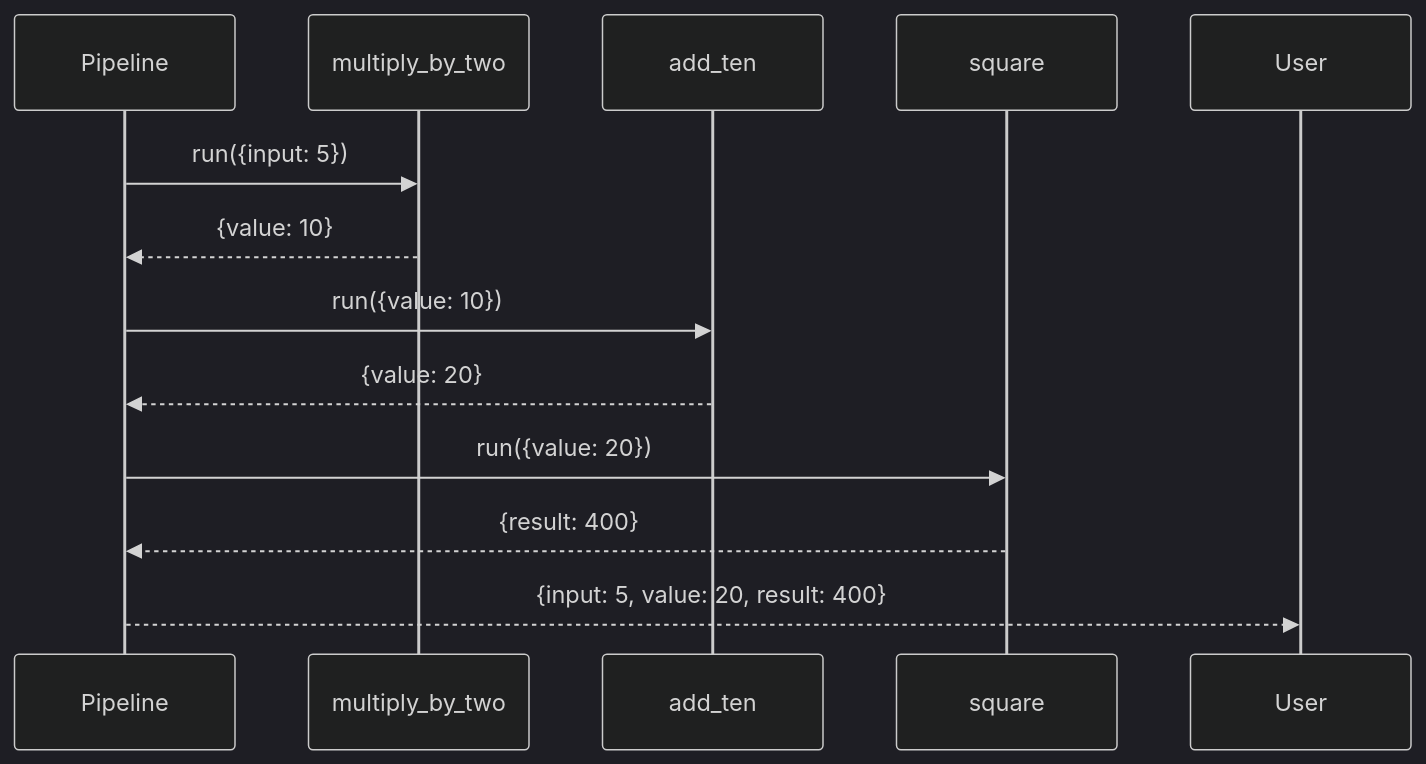
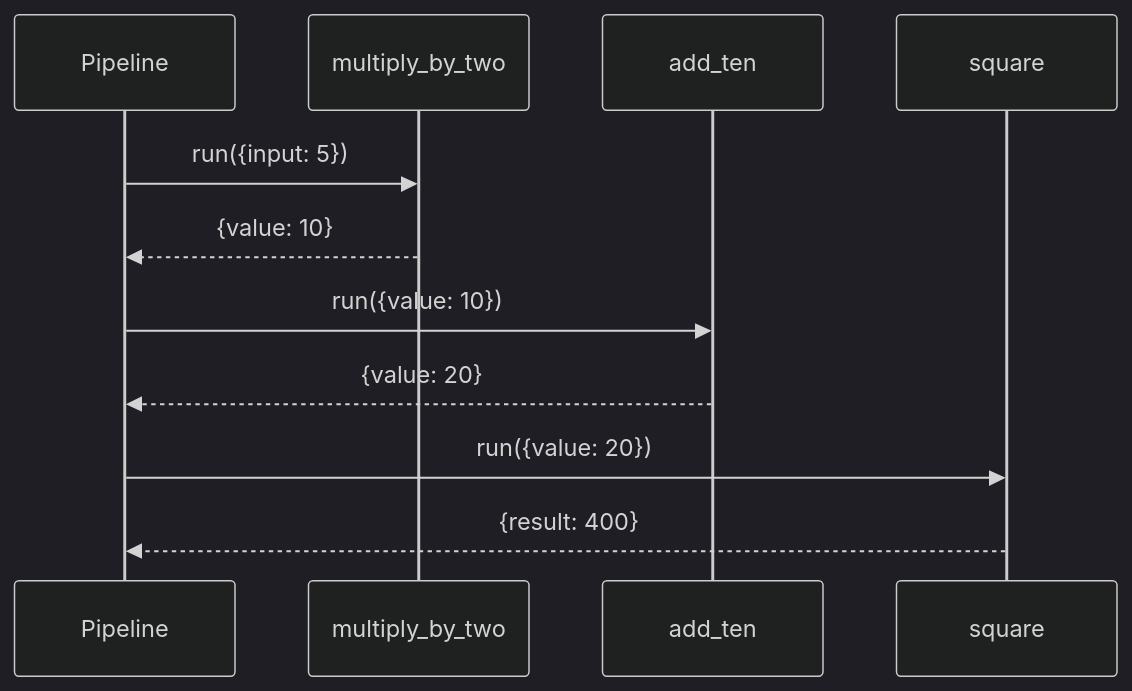
Before and after one commit to wisrovi/wpipe: the second of 5 diagrams in examples/01_basic_pipeline/01_simple_function/README.md, drawn with Mermaid (dark theme). The commit also changed other lines of this file and 182 other files, not shown here.

First line of the commit message:
Add type hints, docstrings, and Mermaid diagrams to all examples

````diff
--- a/examples/01_basic_pipeline/01_simple_function/README.md
+++ b/examples/01_basic_pipeline/01_simple_function/README.md
@@ -27,15 +25,14 @@
 ```mermaid
 sequenceDiagram
     participant P as Pipeline
     participant S1 as multiply_by_two
     participant S2 as add_ten
     participant S3 as square
     
     P->>S1: run({input: 5})
     S1-->>P: {value: 10}
     P->>S2: run({value: 10})
     S2-->>P: {value: 20}
     P->>S3: run({value: 20})
     S3-->>P: {result: 400}
-    P-->>User: {input: 5, value: 20, result: 400}
 ```
````
